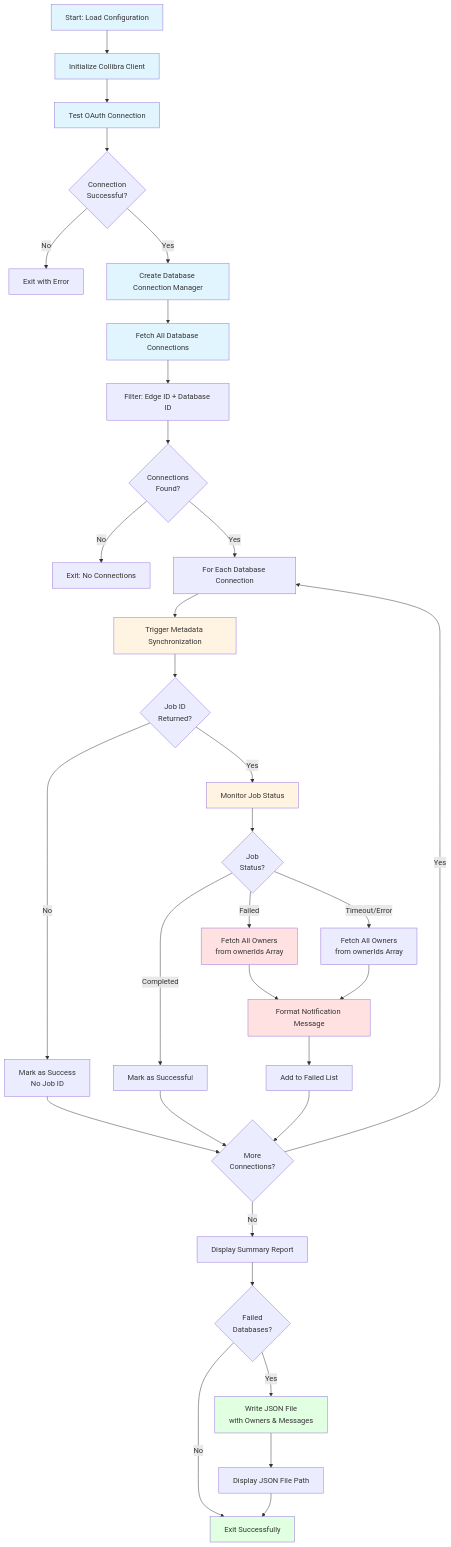
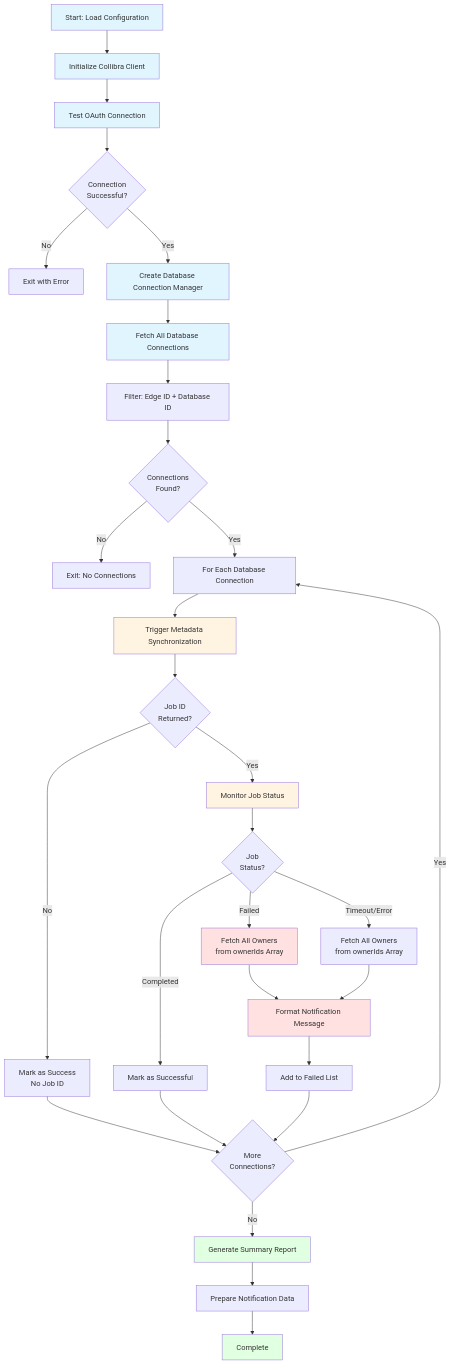
One commit to arnauudG/Collibra-Repository---Automations changed the diagram in Test Connections - Database - Collibra/README.md. Above: the diagram before and after it, drawn with Mermaid. The commit also changed other lines of this file and 1 other file, not shown here.

````diff
--- a/Test Connections - Database - Collibra/README.md
+++ b/Test Connections - Database - Collibra/README.md
@@ -38,46 +49,43 @@
 ```mermaid
 flowchart TD
     A[Start: Load Configuration] --> B[Initialize Collibra Client]
     B --> C[Test OAuth Connection]
     C --> D{Connection<br/>Successful?}
     D -->|No| E[Exit with Error]
     D -->|Yes| F[Create Database Connection Manager]
     F --> G[Fetch All Database Connections]
     G --> H[Filter: Edge ID + Database ID]
     H --> I{Connections<br/>Found?}
     I -->|No| J[Exit: No Connections]
     I -->|Yes| K[For Each Database Connection]
     K --> L[Trigger Metadata Synchronization]
     L --> M{Job ID<br/>Returned?}
     M -->|No| N[Mark as Success<br/>No Job ID]
     M -->|Yes| O[Monitor Job Status]
     O --> P{Job<br/>Status?}
     P -->|Completed| Q[Mark as Successful]
     P -->|Failed| R[Fetch All Owners<br/>from ownerIds Array]
     P -->|Timeout/Error| S[Fetch All Owners<br/>from ownerIds Array]
     R --> T[Format Notification Message]
     S --> T
     T --> U[Add to Failed List]
     N --> V{More<br/>Connections?}
     Q --> V
     U --> V
     V -->|Yes| K
-    V -->|No| W[Display Summary Report]
-    W --> X{Failed<br/>Databases?}
-    X -->|Yes| Y[Write JSON File<br/>with Owners & Messages]
-    X -->|No| Z[Exit Successfully]
-    Y --> AA[Display JSON File Path]
-    AA --> Z
+    V -->|No| W[Generate Summary Report]
+    W --> X[Prepare Notification Data]
+    X --> Z[Complete]
     
     style A fill:#e1f5ff
     style B fill:#e1f5ff
     style C fill:#e1f5ff
     style F fill:#e1f5ff
     style G fill:#e1f5ff
     style L fill:#fff4e1
     style O fill:#fff4e1
     style R fill:#ffe1e1
     style T fill:#ffe1e1
-    style Y fill:#e1ffe1
+    style W fill:#e1ffe1
     style Z fill:#e1ffe1
 ```
````
